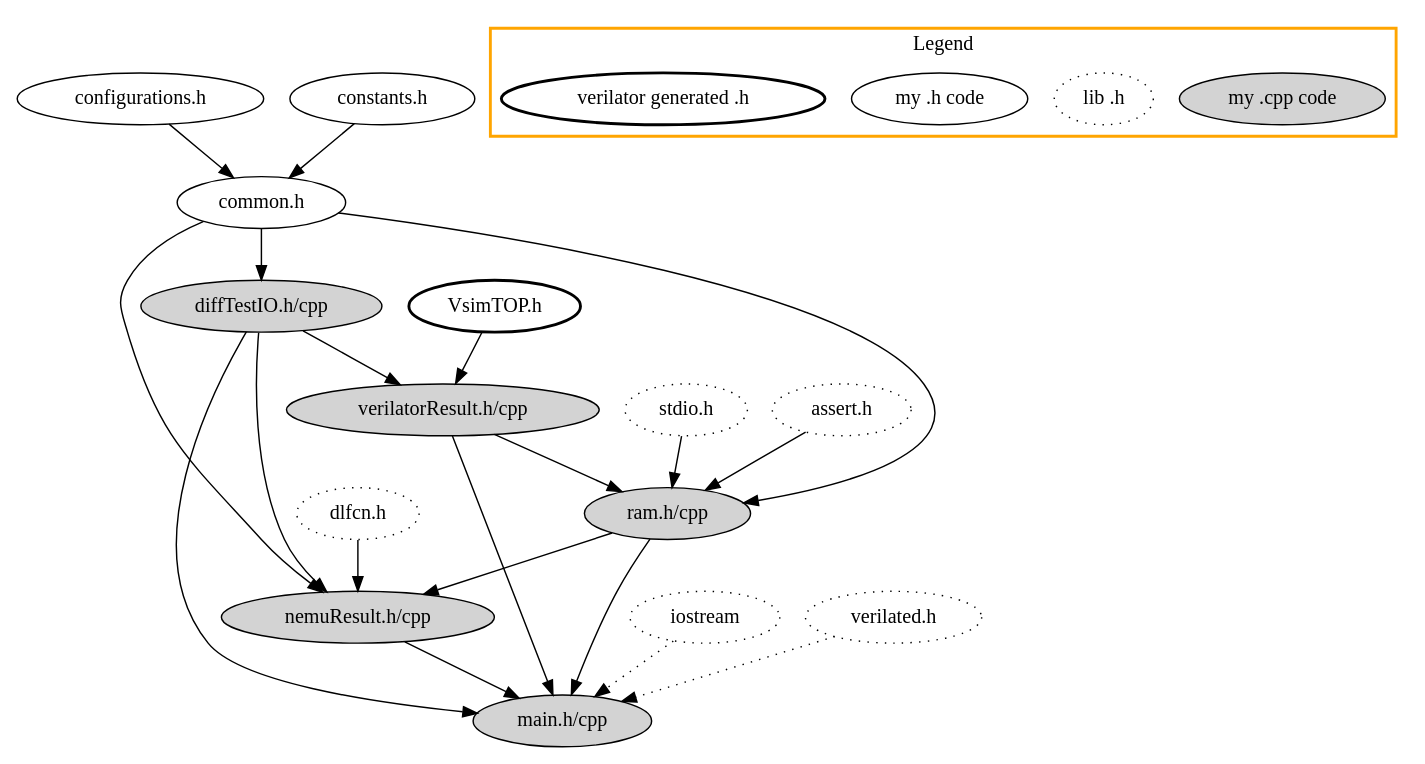
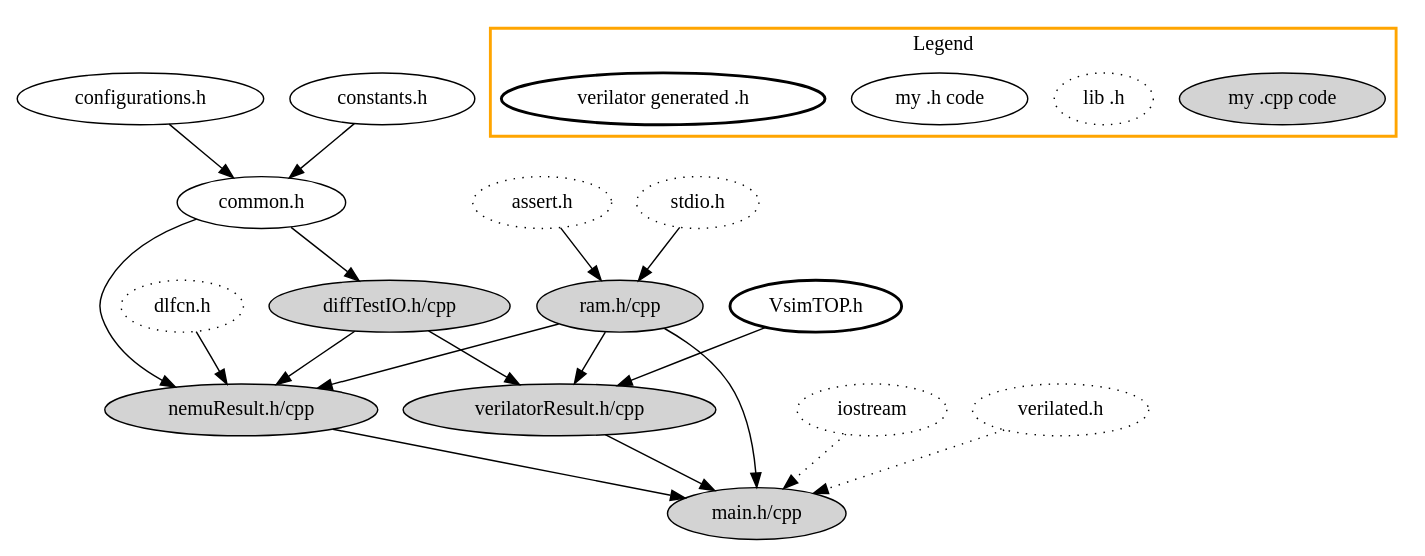
Before and after one commit to yuhengy/coredesign: the diagram in documents/dependChain-verilator.gv, drawn with Graphviz. The commit also changed 9 other files, not shown here.

Commit message:
CPP-INTERIENT: makes cpp verilator/nemuResult inherient from diffTestIO_c

```diff
--- a/documents/dependChain-verilator.gv
+++ b/documents/dependChain-verilator.gv
@@ -1,50 +1,50 @@
 digraph G {
   "configurations.h" -> "common.h";
   "constants.h" -> "common.h";
-  "common.h" -> "diffTestIO.h/cpp", "nemuResult.h/cpp", "ram.h/cpp";
-  "diffTestIO.h/cpp" -> "verilatorResult.h/cpp", "nemuResult.h/cpp", "main.h/cpp";
-  "verilatorResult.h/cpp" -> "main.h/cpp", "ram.h/cpp";
+  "common.h" -> "diffTestIO.h/cpp", "nemuResult.h/cpp";
+  "diffTestIO.h/cpp" -> "verilatorResult.h/cpp", "nemuResult.h/cpp";
+  "verilatorResult.h/cpp" -> "main.h/cpp";
 
   "VsimTOP.h" [style=bold];
   "VsimTOP.h" -> "verilatorResult.h/cpp";
 
   "nemuResult.h/cpp" [style=filled];
   "verilatorResult.h/cpp" [style=filled];
   "main.h/cpp" [style=filled];
   "ram.h/cpp" [style=filled];
   "diffTestIO.h/cpp" [style=filled];
 
 
   "iostream" [style=dotted];
   "verilated.h" [style=dotted];
   "dlfcn.h" [style=dotted];
   "stdio.h" [style=dotted];
   "assert.h" [style=dotted];
   "iostream" -> "main.h/cpp" [style=dotted];
   "verilated.h" -> "main.h/cpp" [style=dotted];
   "dlfcn.h" -> "nemuResult.h/cpp";
   "stdio.h" -> "ram.h/cpp";
   "assert.h" -> "ram.h/cpp";
 
-  "ram.h/cpp" -> "main.h/cpp", "nemuResult.h/cpp";
+  "ram.h/cpp" -> "main.h/cpp", "nemuResult.h/cpp", "verilatorResult.h/cpp";
   "nemuResult.h/cpp" -> "main.h/cpp";
 
 
 
   // Legend
   subgraph cluster1 {
     "my .cpp code" [style=filled];
     "lib .h" [style=dotted];
     "my .h code";
     "verilator generated .h" [style=bold];
 
     label = "Legend";
     style=bold;
     color = "orange";
   }
 }
 
 // TODO: 1. Add verilator generated .cpp files as a node.
 //          The intrinsic problem is we cannot draw a node with `style=filled+bold`
 //       2. Add a node represent runnable, which is arrowed by all .cpp.
 //          This can only be done after solve TODO1.
```
